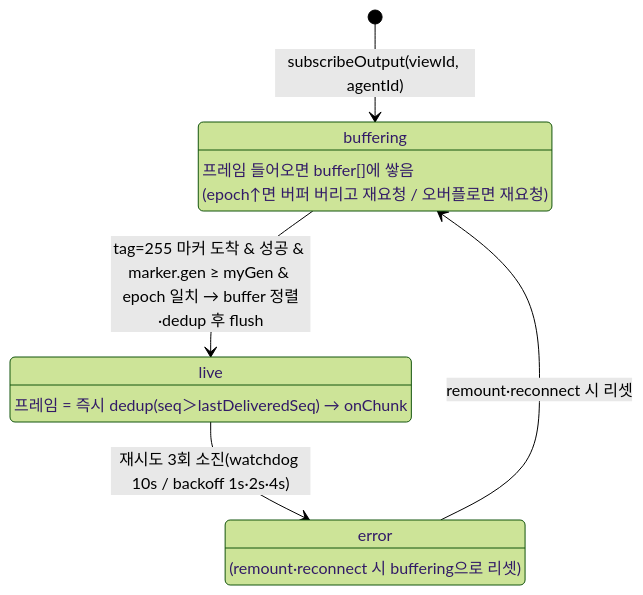
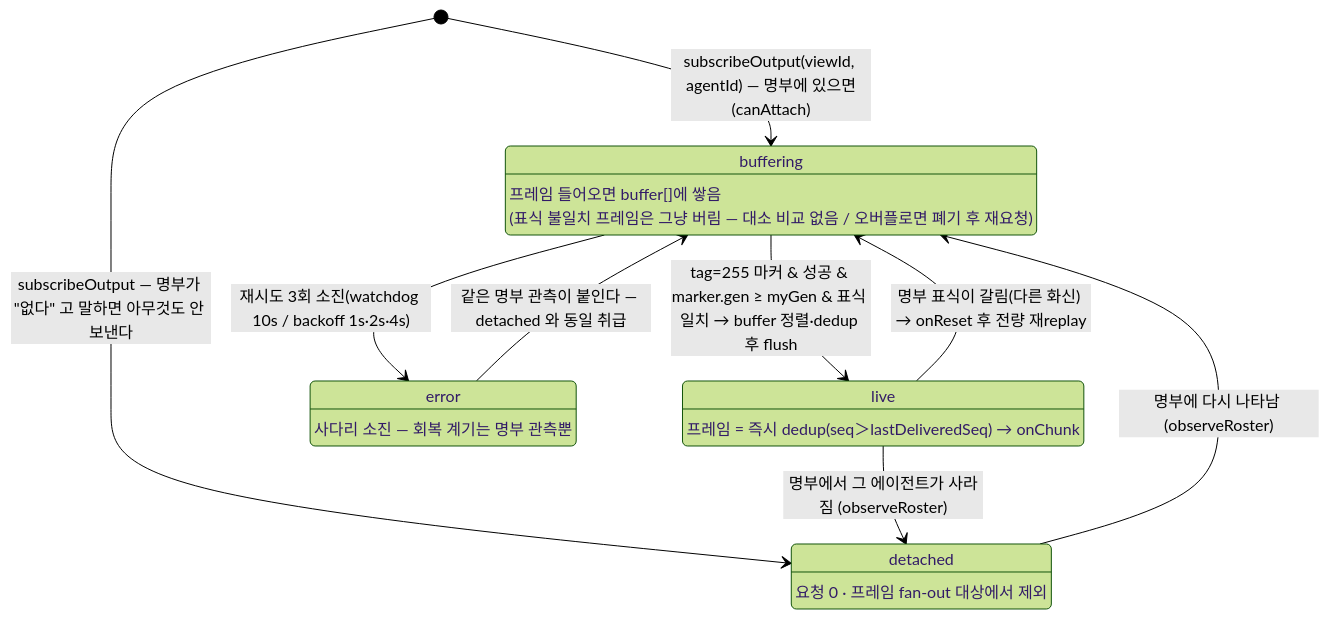
Before and after one commit to kimsunzun/engram-dashboard: diagram 15 of 20 in docs/reference/architecture-overview.md, drawn with Mermaid (forest theme). The commit also changed other lines of this file and 2 other files, not shown here.

````diff
--- a/docs/reference/architecture-overview.md
+++ b/docs/reference/architecture-overview.md
@@ -516,15 +584,21 @@
 ```mermaid
 stateDiagram-v2
-  [*] --> buffering : subscribeOutput(viewId, agentId)
+  [*] --> buffering : subscribeOutput(viewId, agentId) — 명부에 있으면(canAttach)
+  [*] --> detached : subscribeOutput — 명부가 "없다" 고 말하면 아무것도 안 보낸다
+  detached : detached
+  detached : 요청 0 · 프레임 fan-out 대상에서 제외
   buffering : buffering
   buffering : 프레임 들어오면 buffer[]에 쌓음
-  buffering : (epoch↑면 버퍼 버리고 재요청 / 오버플로면 재요청)
+  buffering : (표식 불일치 프레임은 그냥 버림 — 대소 비교 없음 / 오버플로면 폐기 후 재요청)
   live : live
   live : 프레임 = 즉시 dedup(seq＞lastDeliveredSeq) → onChunk
   error : error
-  error : (remount·reconnect 시 buffering으로 리셋)
+  error : 사다리 소진 — 회복 계기는 명부 관측뿐
 
-  buffering --> live : tag=255 마커 도착 & 성공 & marker.gen ≥ myGen & epoch 일치 → buffer 정렬·dedup 후 flush
-  live --> error : 재시도 3회 소진(watchdog 10s / backoff 1s·2s·4s)
-  error --> buffering : remount·reconnect 시 리셋
+  buffering --> live : tag=255 마커 & 성공 & marker.gen ≥ myGen & 표식 일치 → buffer 정렬·dedup 후 flush
+  buffering --> error : 재시도 3회 소진(watchdog 10s / backoff 1s·2s·4s)
+  live --> detached : 명부에서 그 에이전트가 사라짐 (observeRoster)
+  detached --> buffering : 명부에 다시 나타남 (observeRoster)
+  error --> buffering : 같은 명부 관측이 붙인다 — detached 와 동일 취급
+  live --> buffering : 명부 표식이 갈림(다른 화신) → onReset 후 전량 재replay
 ```
````
